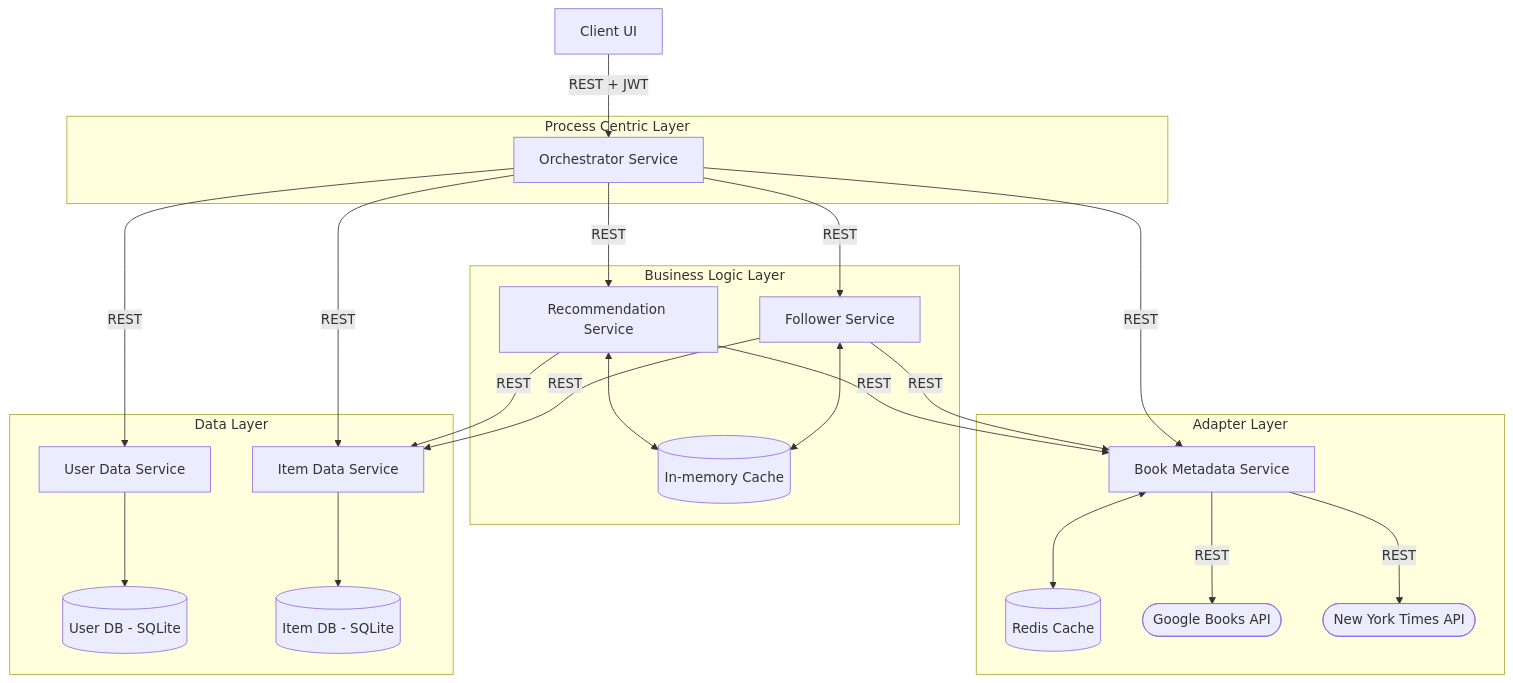
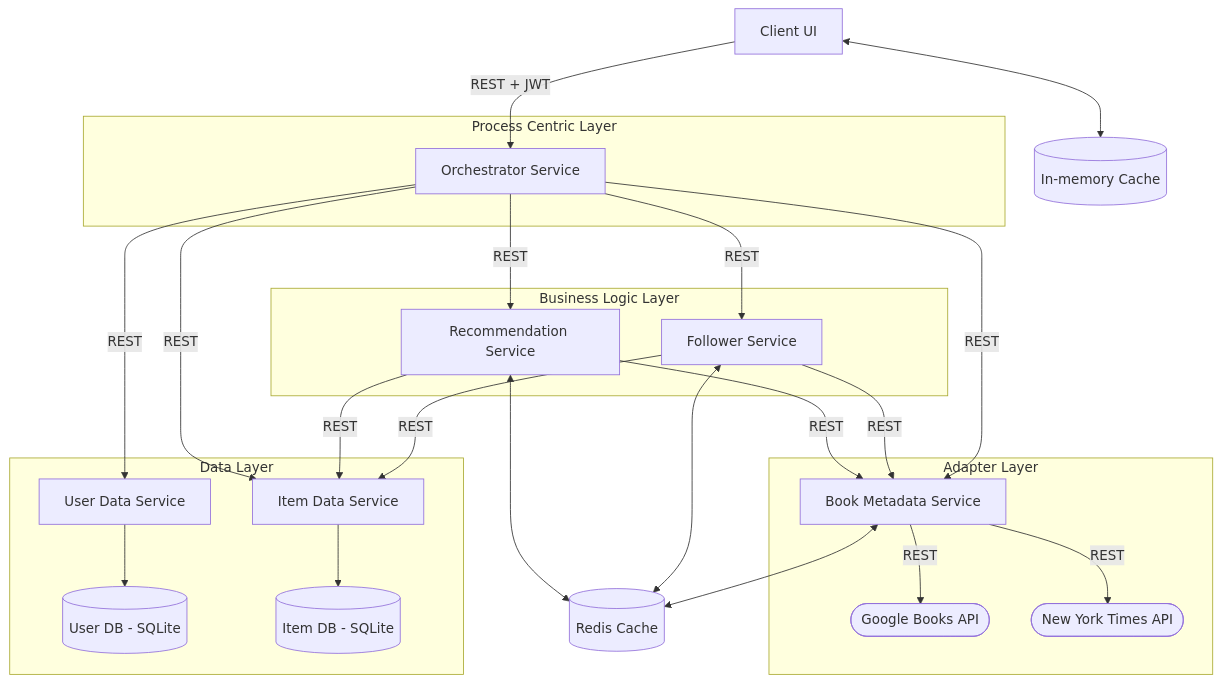
Before and after one commit to Betal02/hive_books: the diagram in README.md, drawn with Mermaid. The commit also changed 2 other files, not shown here.

Commit message:
Updated README and uploaded Docs

````diff
--- a/README.md
+++ b/README.md
@@ -54,63 +56,58 @@
 ```mermaid
-
 flowchart TD
-
-    UI[Client UI]
+	UI[Client UI]
+	IMC[("In-memory Cache")]
 
     subgraph "Process Centric Layer"
         OS[Orchestrator Service]
     end
-
-
+    
     subgraph "Business Logic Layer"
         RS[Recommendation Service]
         FS[Follower Service]
-
-        IMC[("In-memory Cache")]
     end
-
-  
-    subgraph "Adapter Layer"
+	
+	subgraph "Adapter Layer"
         MA[Book Metadata Service]
-
-        R[(Redis Cache)]
 
         GBA([Google Books API])
         NYT([New York Times API])
     end
-  
+    
+    R[(Redis Cache)]
 
     subgraph "Data Layer"
         UDS[User Data Service]
         IDS[Item Data Service]
 
         UDB[(User DB - SQLite)]
         IDB[(Item DB - SQLite)]
     end
 
     IDS --> IDB
     UDS --> UDB
 
     UI -->|REST + JWT| OS
+    UI <--> IMC
 
     OS -->|REST| UDS
     OS -->|REST| IDS
-    OS -->|REST| MA
     OS -->|REST| RS
     OS -->|REST| FS
 
     RS -->|REST| IDS
     RS -->|REST| MA
 
     FS -->|REST| IDS
     FS -->|REST| MA
+    
+    OS -->|REST| MA
 
-    RS <--> IMC
-    FS <--> IMC
+    RS <--> R
+    FS <--> R
 
-    MA -->|REST| GBA
-    MA -->|REST| NYT
+    MA -->|REST| GBA
+    MA -->|REST| NYT
 
-    MA <--> R
-
+    MA <--> R
 ```
````
